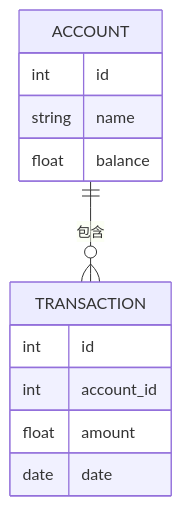
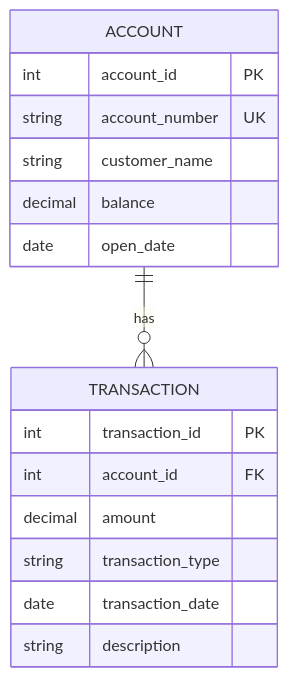
The third of 5 diagrams in Analysis/1-数据库系统/1.2-MySQL/1.2.1-形式模型.md (AdaMartin18010/Data-Science), drawn with Mermaid before and after one commit. The commit also changed other lines of this file and 338 other files, not shown here.

````diff
--- a/Analysis/1-数据库系统/1.2-MySQL/1.2.1-形式模型.md
+++ b/Analysis/1-数据库系统/1.2-MySQL/1.2.1-形式模型.md
@@ -35,15 +1039,19 @@
 ```mermaid
 erDiagram
-  ACCOUNT ||--o{ TRANSACTION : 包含
-  ACCOUNT {
-    int id
-    string name
-    float balance
-  }
-  TRANSACTION {
-    int id
-    int account_id
-    float amount
-    date date
-  }
+    ACCOUNT ||--o{ TRANSACTION : "has"
+    ACCOUNT {
+        int account_id PK
+        string account_number UK
+        string customer_name
+        decimal balance
+        date open_date
+    }
+    TRANSACTION {
+        int transaction_id PK
+        int account_id FK
+        decimal amount
+        string transaction_type
+        date transaction_date
+        string description
+    }
 ```
````
